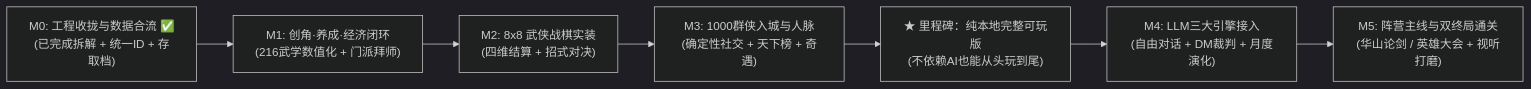
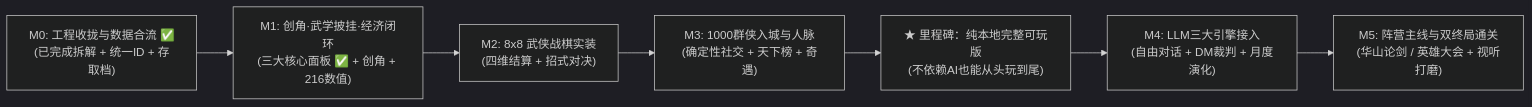
The diagram in docs/ROADMAP_AND_TODO.md (zhby99/northern-song-chronicles), drawn with Mermaid (dark theme) before and after one commit. The commit also changed other lines of this file and 8 other files, not shown here.

````diff
--- a/docs/ROADMAP_AND_TODO.md
+++ b/docs/ROADMAP_AND_TODO.md
@@ -38,9 +38,9 @@
 ```mermaid
 flowchart LR
-    M0["M0: 工程收拢与数据合流 ✅<br/>(已完成拆解 + 统一ID + 存取档)"] --> M1["M1: 创角·养成·经济闭环<br/>(216武学数值化 + 门派拜师)"]
+    M0["M0: 工程收拢与数据合流 ✅<br/>(已完成拆解 + 统一ID + 存取档)"] --> M1["M1: 创角·武学披挂·经济闭环<br/>(三大核心面板 ✅ + 创角 + 216数值)"]
     M1 --> M2["M2: 8x8 武侠战棋实装<br/>(四维结算 + 招式对决)"]
     M2 --> M3["M3: 1000群侠入城与人脉<br/>(确定性社交 + 天下榜 + 奇遇)"]
     M3 --> Playable["★ 里程碑：纯本地完整可玩版<br/>(不依赖AI也能从头玩到尾)"]
     Playable --> M4["M4: LLM三大引擎接入<br/>(自由对话 + DM裁判 + 月度演化)"]
     M4 --> M5["M5: 阵营主线与双终局通关<br/>(华山论剑 / 英雄大会 + 视听打磨)"]
 ```
````
